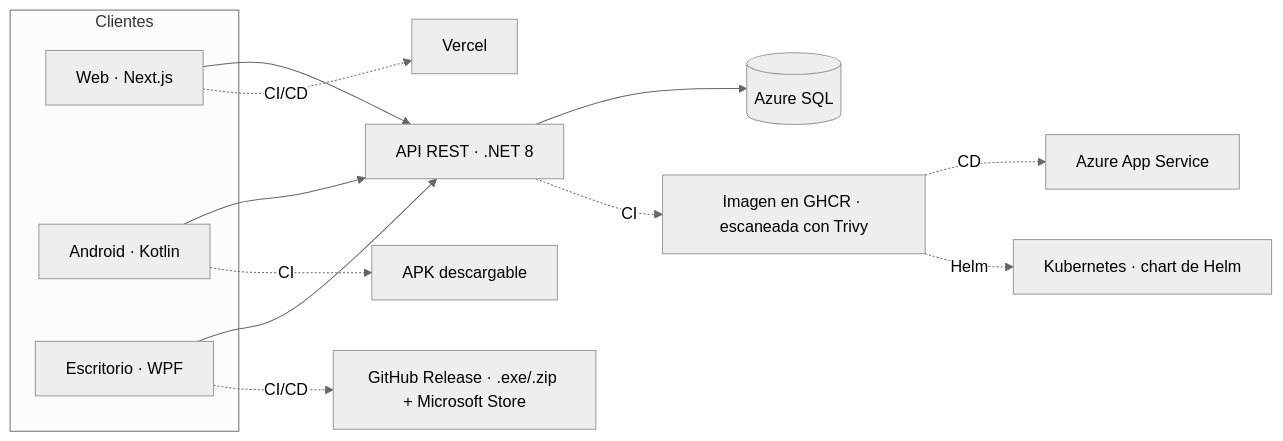
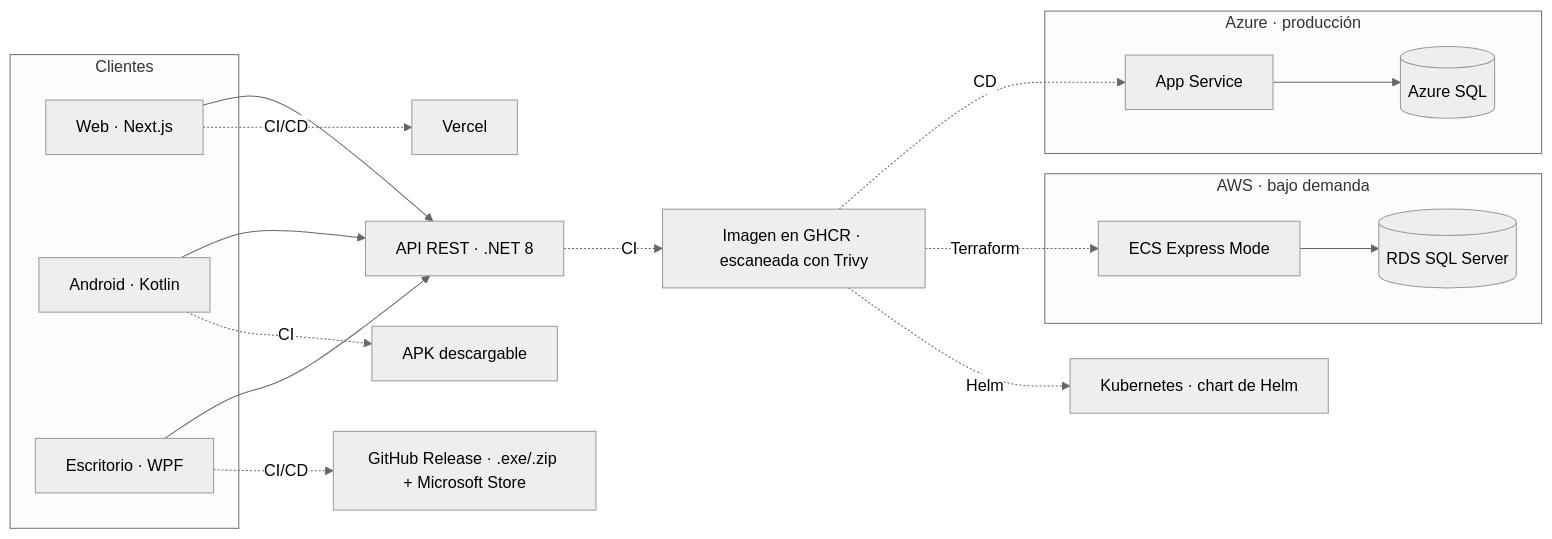
The second of 2 diagrams in README.md (antonicr1986/antonicr1986), drawn with Mermaid (neutral theme) before and after one commit. The commit also changed other lines of this file, not shown here.

Commit message:
docs: update profile README with AWS multicloud, ai-project-kit, interactive CV and Jenkins DevSecOps

````diff
--- a/README.md
+++ b/README.md
@@ -211,23 +238,34 @@
 ```mermaid
 flowchart LR
     subgraph Clientes
         WEB[Web · Next.js]
         AND[Android · Kotlin]
         DESK[Escritorio · WPF]
     end
 
     API[API REST · .NET 8]
-    DB[(Azure SQL)]
+
+    subgraph AZURE[Azure · producción]
+        AZ[App Service]
+        DB[(Azure SQL)]
+    end
+
+    subgraph AWSC[AWS · bajo demanda]
+        ECS[ECS Express Mode]
+        RDS[(RDS SQL Server)]
+    end
 
     WEB --> API
     AND --> API
     DESK --> API
-    API --> DB
+    AZ --> DB
+    ECS --> RDS
 
     API -. CI .-> GHCR[Imagen en GHCR · escaneada con Trivy]
-    GHCR -. CD .-> AZ[Azure App Service]
+    GHCR -. CD .-> AZ
+    GHCR -. Terraform .-> ECS
     WEB -. CI/CD .-> VER[Vercel]
     AND -. CI .-> APK[APK descargable]
     DESK -. CI/CD .-> REL[GitHub Release · .exe/.zip + Microsoft Store]
     GHCR -. Helm .-> K8S[Kubernetes · chart de Helm]
 ```
````
